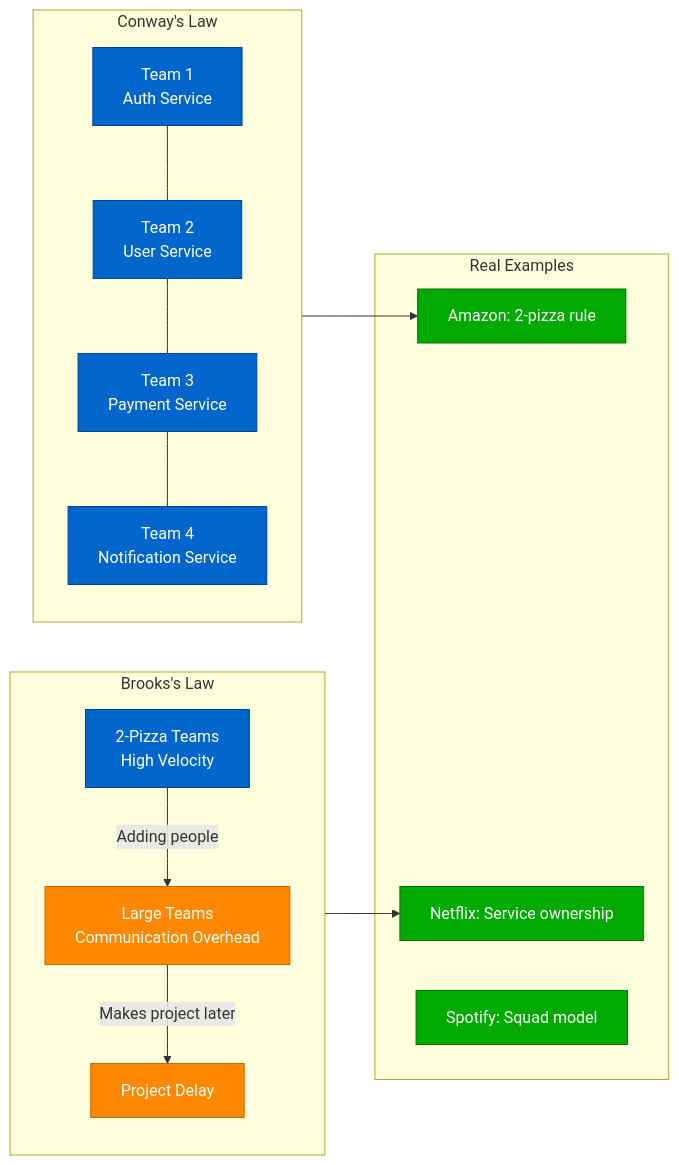
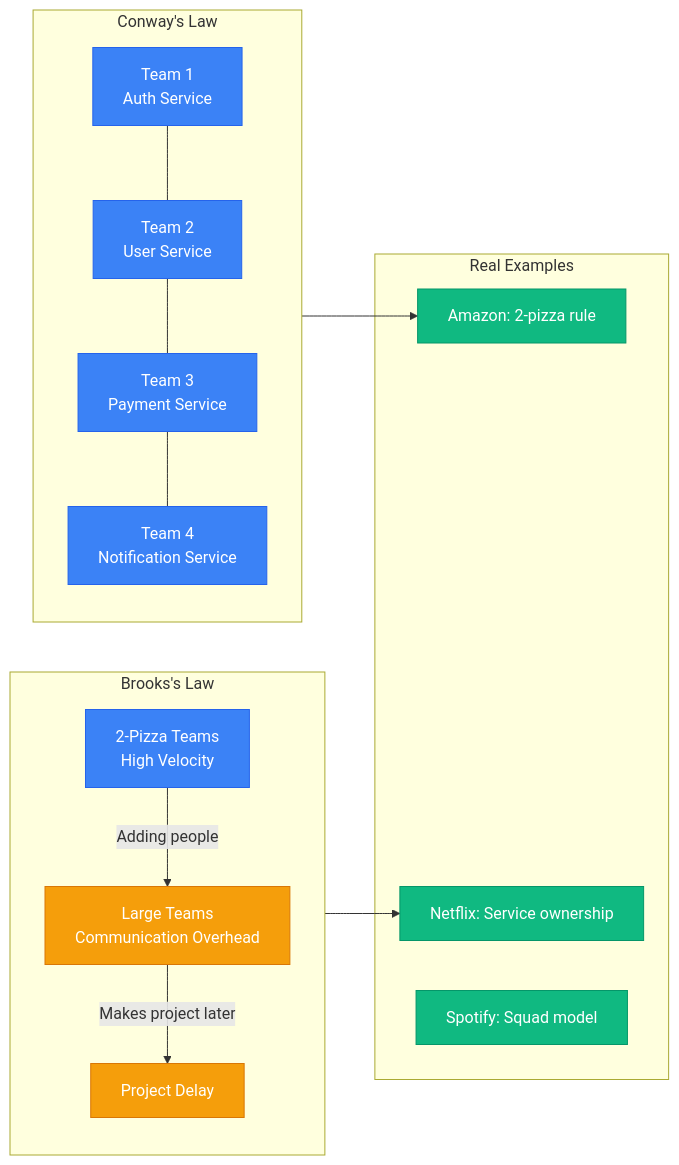
One commit to deepaucksharma/DS changed the third of 3 diagrams in site/docs/foundation/universal-laws.md. Above: the diagram before and after it, drawn with Mermaid. The commit also changed other lines of this file and 303 other files, not shown here.

````diff
--- a/site/docs/foundation/universal-laws.md
+++ b/site/docs/foundation/universal-laws.md
@@ -83,39 +83,39 @@
 ```mermaid
 graph LR
     subgraph Conway["Conway's Law"]
         Team1[Team 1<br/>Auth Service]
         Team2[Team 2<br/>User Service]
         Team3[Team 3<br/>Payment Service]
         Team4[Team 4<br/>Notification Service]
 
         Team1 --- Team2
         Team2 --- Team3
         Team3 --- Team4
     end
 
     subgraph Brooks["Brooks's Law"]
         Small["2-Pizza Teams<br/>High Velocity"]
         Large["Large Teams<br/>Communication Overhead"]
 
         Small --> |"Adding people"| Large
         Large --> |"Makes project later"| Delay[Project Delay]
     end
 
     subgraph Examples["Real Examples"]
         Amazon["Amazon: 2-pizza rule"]
         Netflix["Netflix: Service ownership"]
         Spotify["Spotify: Squad model"]
     end
 
     Conway --> Amazon
     Brooks --> Netflix
 
     %% Apply colors
-    classDef teamStyle fill:#0066CC,stroke:#004499,color:#fff
-    classDef processStyle fill:#FF8800,stroke:#CC6600,color:#fff
-    classDef exampleStyle fill:#00AA00,stroke:#007700,color:#fff
+    classDef teamStyle fill:#3B82F6,stroke:#2563EB,color:#fff
+    classDef processStyle fill:#F59E0B,stroke:#D97706,color:#fff
+    classDef exampleStyle fill:#10B981,stroke:#059669,color:#fff
 
     class Team1,Team2,Team3,Team4,Small teamStyle
     class Large,Delay processStyle
     class Amazon,Netflix,Spotify exampleStyle
 ```
````
